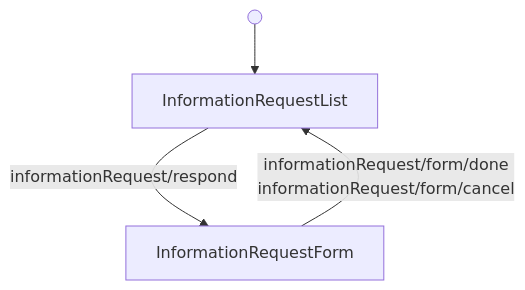
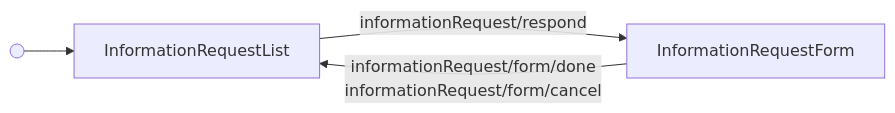
The diagram in docs/reference/company/information-requests/information-requests-flow.md (Gusto/embedded-react-sdk), drawn with Mermaid before and after one commit. The commit also changed 1 other file, not shown here.

Commit message:
docs(company): switch InformationRequestsFlow diagram to LR hub-and-spoke
Single-level hub-and-spoke loop (List hub, Form spoke) with no exit, so
render it left-to-right per the hub-and-spoke convention.

````diff
--- a/docs/reference/company/information-requests/information-requests-flow.md
+++ b/docs/reference/company/information-requests/information-requests-flow.md
@@ -64,6 +64,6 @@
 ```mermaid
-flowchart
+flowchart LR
   start@{ shape: sm-circ } --> List["InformationRequestList"]
   List -->|"informationRequest/respond"| Form["InformationRequestForm"]
   Form -->|"informationRequest/form/done<br/>informationRequest/form/cancel"| List
 ```
````
